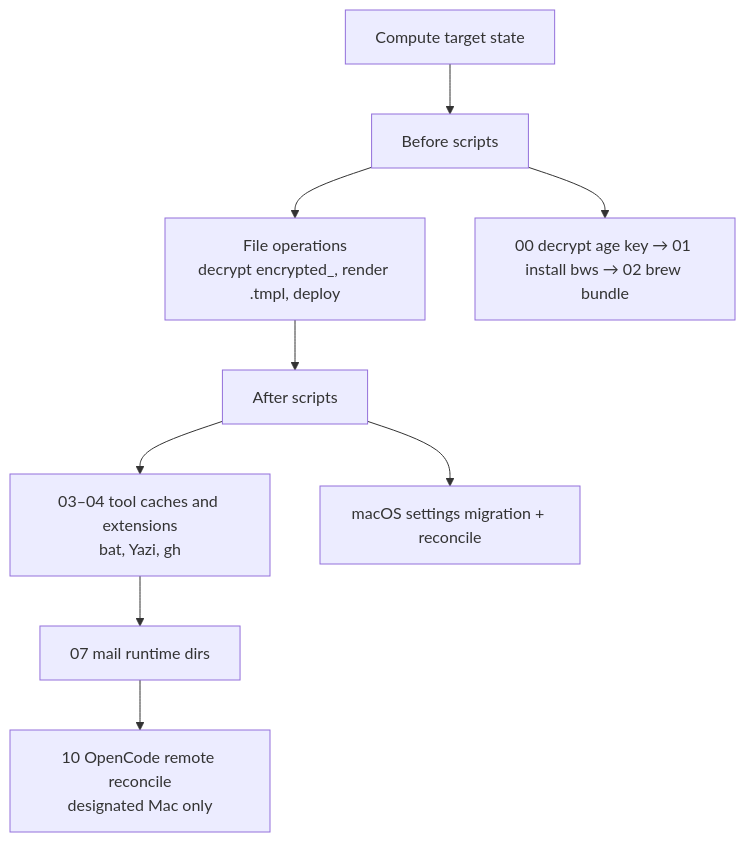
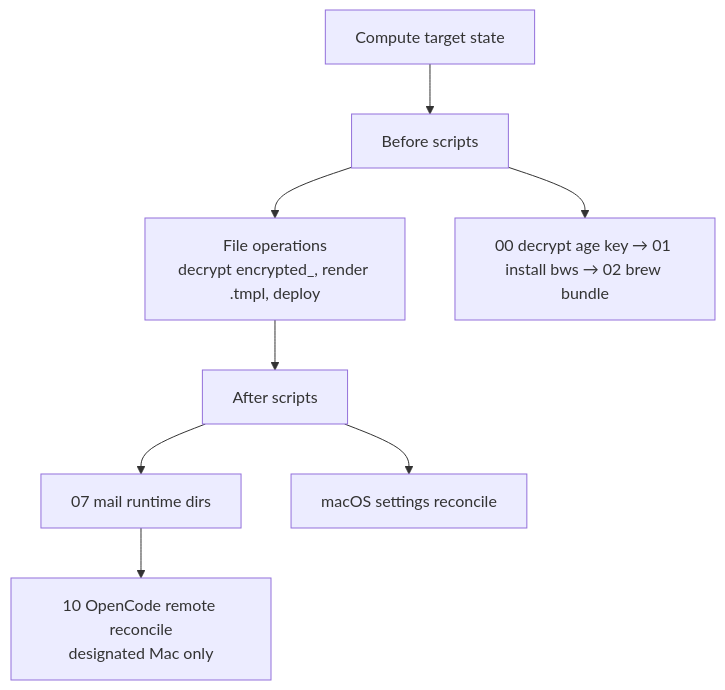
The third of 4 diagrams in docs/architecture.md (mbastakis/dotfiles), drawn with Mermaid before and after one commit. The commit also changed other lines of this file and 17 other files, not shown here.

````diff
--- a/docs/architecture.md
+++ b/docs/architecture.md
@@ -23,12 +45,11 @@
 ```mermaid
 flowchart TD
   A[Compute target state] --> B[Before scripts]
   B --> C[File operations<br/>decrypt encrypted_, render .tmpl, deploy]
   C --> D[After scripts]
 
   B --> B1[00 decrypt age key → 01 install bws → 02 brew bundle]
-  D --> D1[03–04 tool caches and extensions<br/>bat, Yazi, gh]
-  D1 --> D2[07 mail runtime dirs]
+  D --> D2[07 mail runtime dirs]
   D2 --> D4[10 OpenCode remote reconcile<br/>designated Mac only]
-  D --> D6[macOS settings migration + reconcile]
+  D --> D6[macOS settings reconcile]
 ```
````
